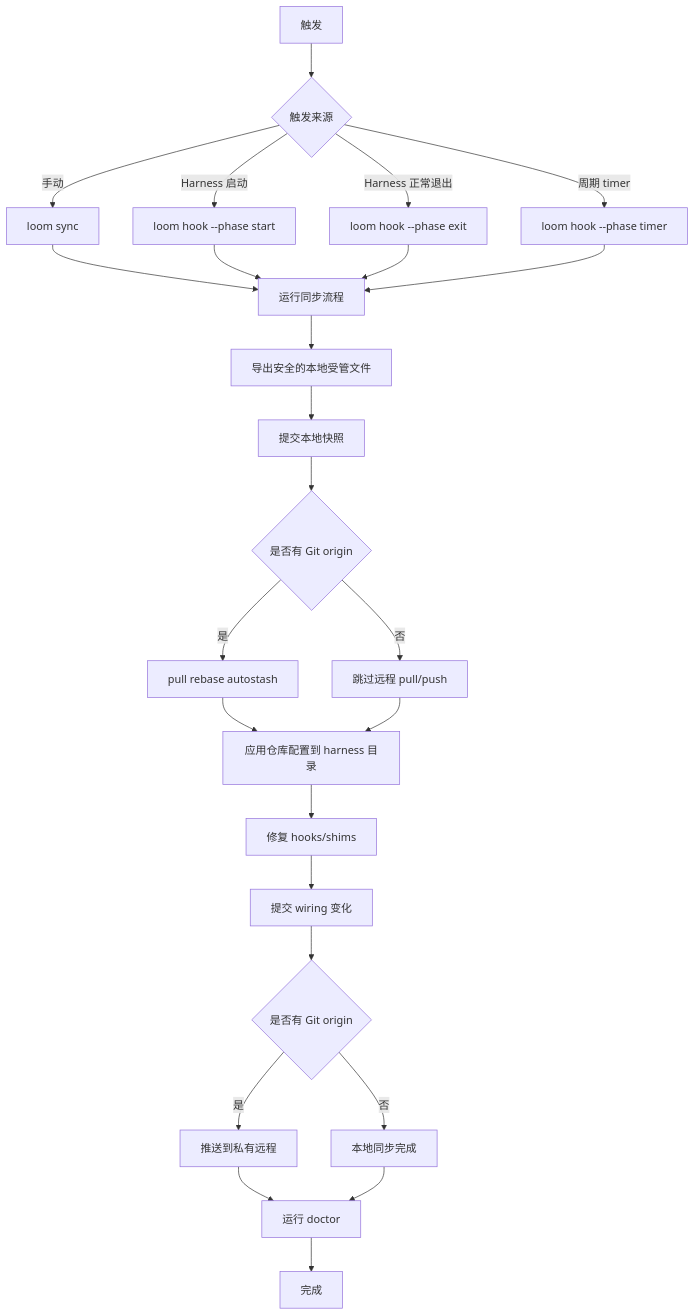
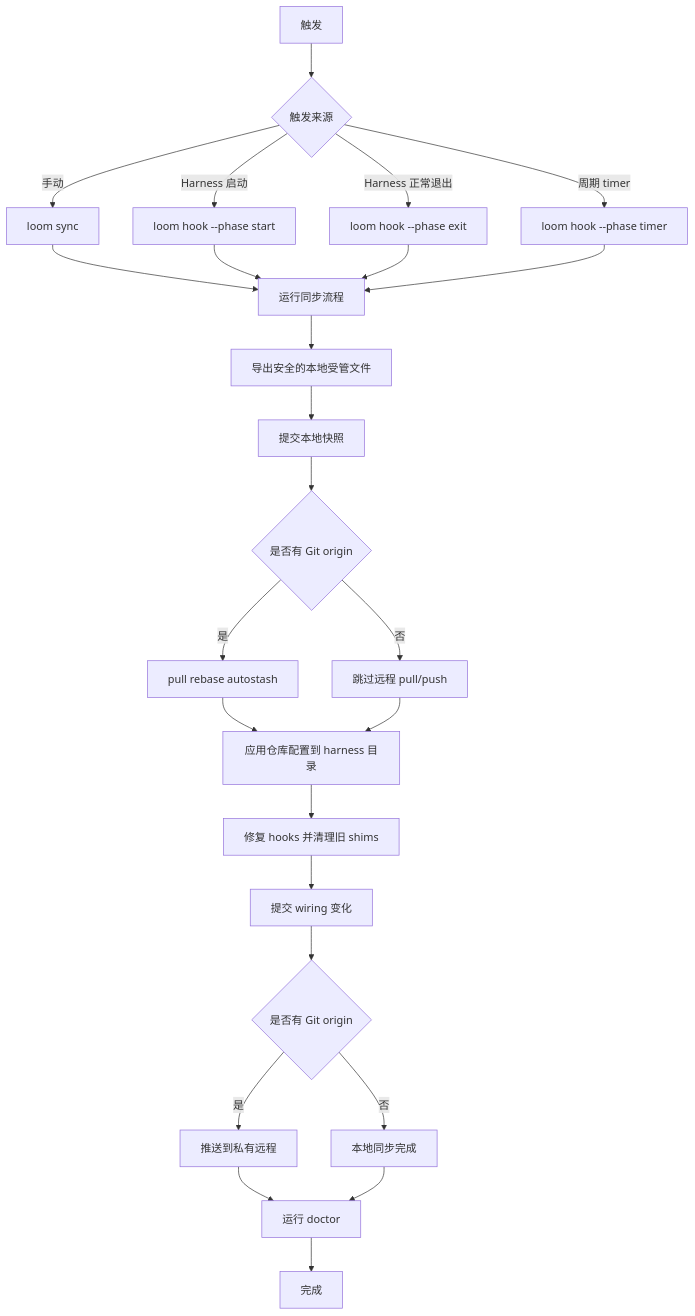
The third of 3 diagrams in README.zh-CN.md (yhyzgn/loom), drawn with Mermaid before and after one commit. The commit also changed other lines of this file and 2 other files, not shown here.

Commit message:
loom: auto-clean legacy command shims

````diff
--- a/README.zh-CN.md
+++ b/README.zh-CN.md
@@ -143,30 +143,30 @@
 ```mermaid
 flowchart TD
   Start[触发] --> Kind{触发来源}
 
   Kind -->|手动| Manual[loom sync]
   Kind -->|Harness 启动| HookStart[loom hook --phase start]
   Kind -->|Harness 正常退出| HookExit[loom hook --phase exit]
   Kind -->|周期 timer| Timer[loom hook --phase timer]
 
   Manual --> Sync[运行同步流程]
   HookStart --> Sync
   HookExit --> Sync
   Timer --> Sync
 
   Sync --> Export[导出安全的本地受管文件]
   Export --> Commit1[提交本地快照]
   Commit1 --> Pull{是否有 Git origin}
   Pull -->|是| Rebase[pull rebase autostash]
   Pull -->|否| LocalOnly[跳过远程 pull/push]
   Rebase --> Apply[应用仓库配置到 harness 目录]
   LocalOnly --> Apply
-  Apply --> Repair[修复 hooks/shims]
+  Apply --> Repair[修复 hooks 并清理旧 shims]
   Repair --> Commit2[提交 wiring 变化]
   Commit2 --> Push{是否有 Git origin}
   Push -->|是| RemotePush[推送到私有远程]
   Push -->|否| DoneLocal[本地同步完成]
   RemotePush --> Doctor[运行 doctor]
   DoneLocal --> Doctor
   Doctor --> Done[完成]
 ```
````
